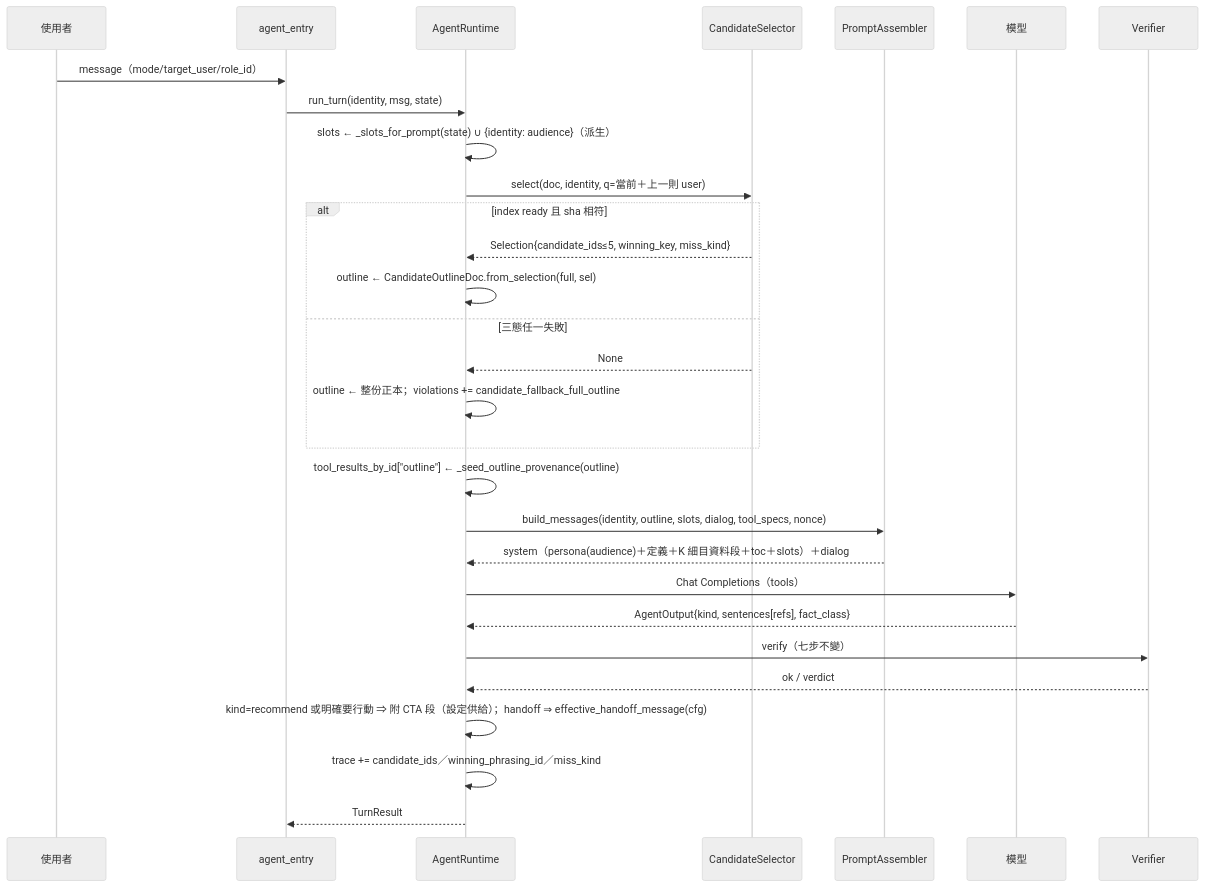
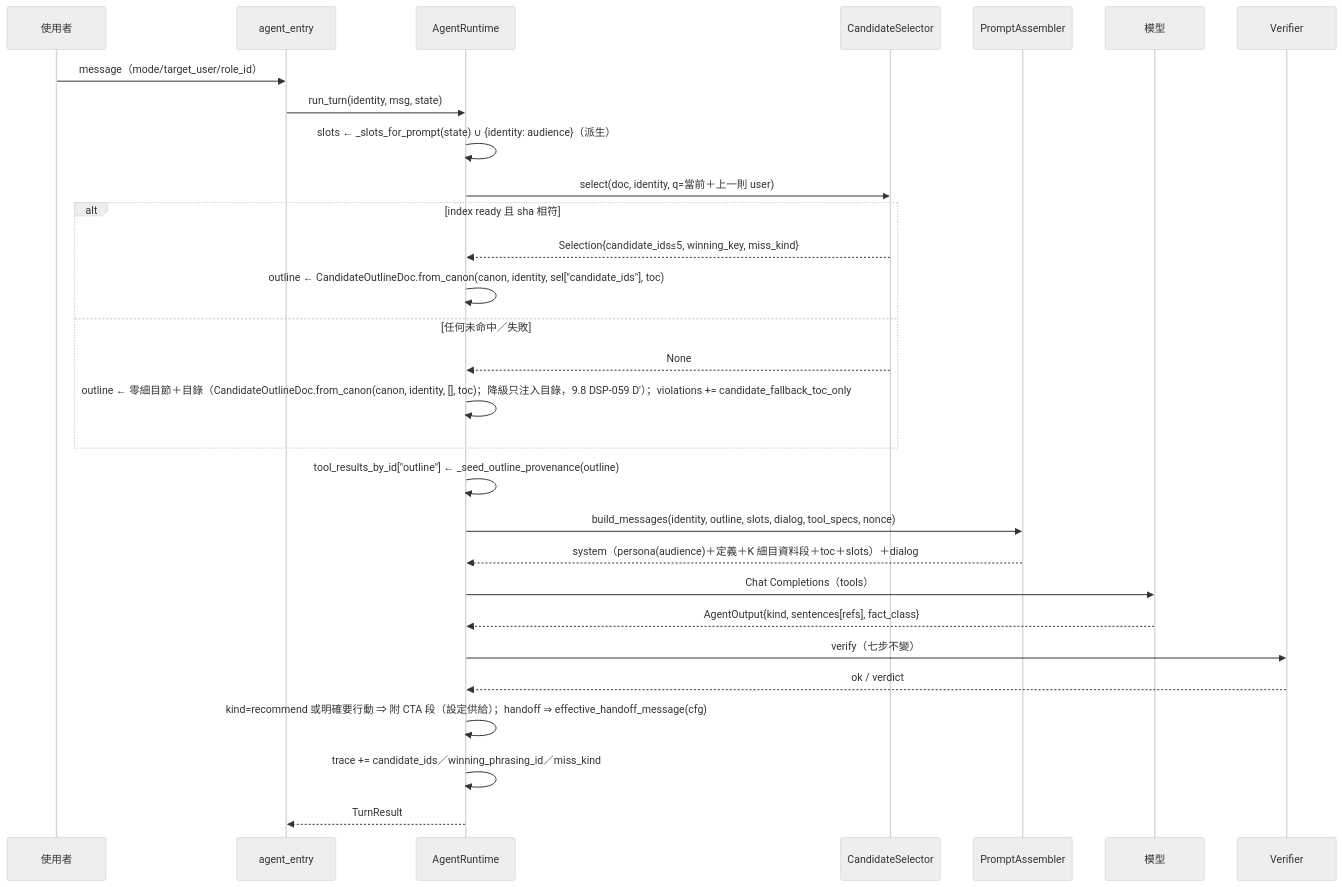
One commit to JGBlenny/AIChatbot changed the second of 3 diagrams in .kiro/specs/knowledge-outline-and-intent-architecture/design.md. Above: the diagram before and after it, drawn with Mermaid (neutral theme). The commit also changed other lines of this file and 632 other files, not shown here.

First line of the commit message:
feat(canon): 知識正本圖書館形態＋三層大綱（9.6～9.10 S1–S6，含 DSP-058／059／061／067–070）

````diff
--- a/.kiro/specs/knowledge-outline-and-intent-architecture/design.md
+++ b/.kiro/specs/knowledge-outline-and-intent-architecture/design.md
@@ -479,31 +468,31 @@
 ```mermaid
 sequenceDiagram
     participant U as 使用者
     participant E as agent_entry
     participant R as AgentRuntime
     participant S as CandidateSelector
     participant P as PromptAssembler
     participant M as 模型
     participant V as Verifier
     U->>E: message（mode/target_user/role_id）
     E->>R: run_turn(identity, msg, state)
     R->>R: slots ← _slots_for_prompt(state) ∪ {identity: audience}（派生）
     R->>S: select(doc, identity, q=當前＋上一則 user)
     alt index ready 且 sha 相符
         S-->>R: Selection{candidate_ids≤5, winning_key, miss_kind}
-        R->>R: outline ← CandidateOutlineDoc.from_selection(full, sel)
-    else 三態任一失敗
+        R->>R: outline ← CandidateOutlineDoc.from_canon(canon, identity, sel["candidate_ids"], toc)
+    else 任何未命中／失敗
         S-->>R: None
-        R->>R: outline ← 整份正本；violations += candidate_fallback_full_outline
+        R->>R: outline ← 零細目節＋目錄（CandidateOutlineDoc.from_canon(canon, identity, [], toc)；降級只注入目錄，9.8 DSP-059 D′）；violations += candidate_fallback_toc_only
     end
     R->>R: tool_results_by_id["outline"] ← _seed_outline_provenance(outline)
     R->>P: build_messages(identity, outline, slots, dialog, tool_specs, nonce)
     P-->>R: system（persona(audience)＋定義＋K 細目資料段＋toc＋slots）＋dialog
     R->>M: Chat Completions（tools）
     M-->>R: AgentOutput{kind, sentences[refs], fact_class}
     R->>V: verify（七步不變）
     V-->>R: ok / verdict
     R->>R: kind=recommend 或明確要行動 ⇒ 附 CTA 段（設定供給）；handoff ⇒ effective_handoff_message(cfg)
     R->>R: trace += candidate_ids／winning_phrasing_id／miss_kind
     R-->>E: TurnResult
 ```
````
